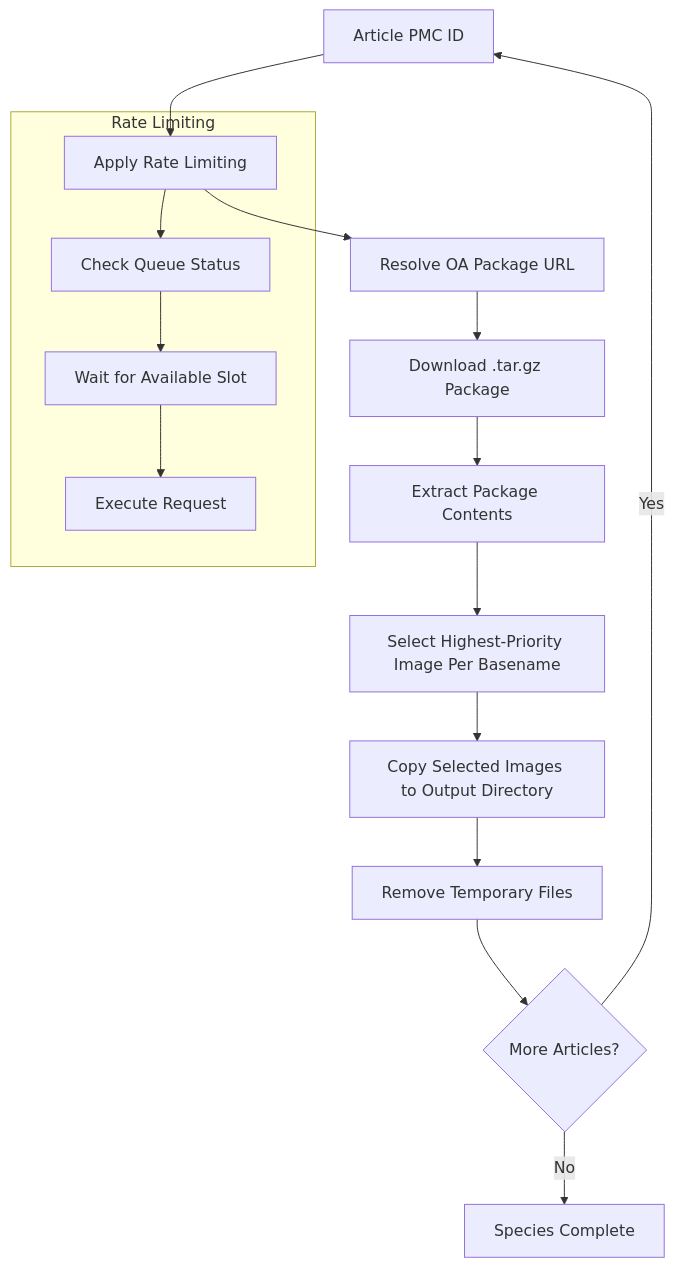
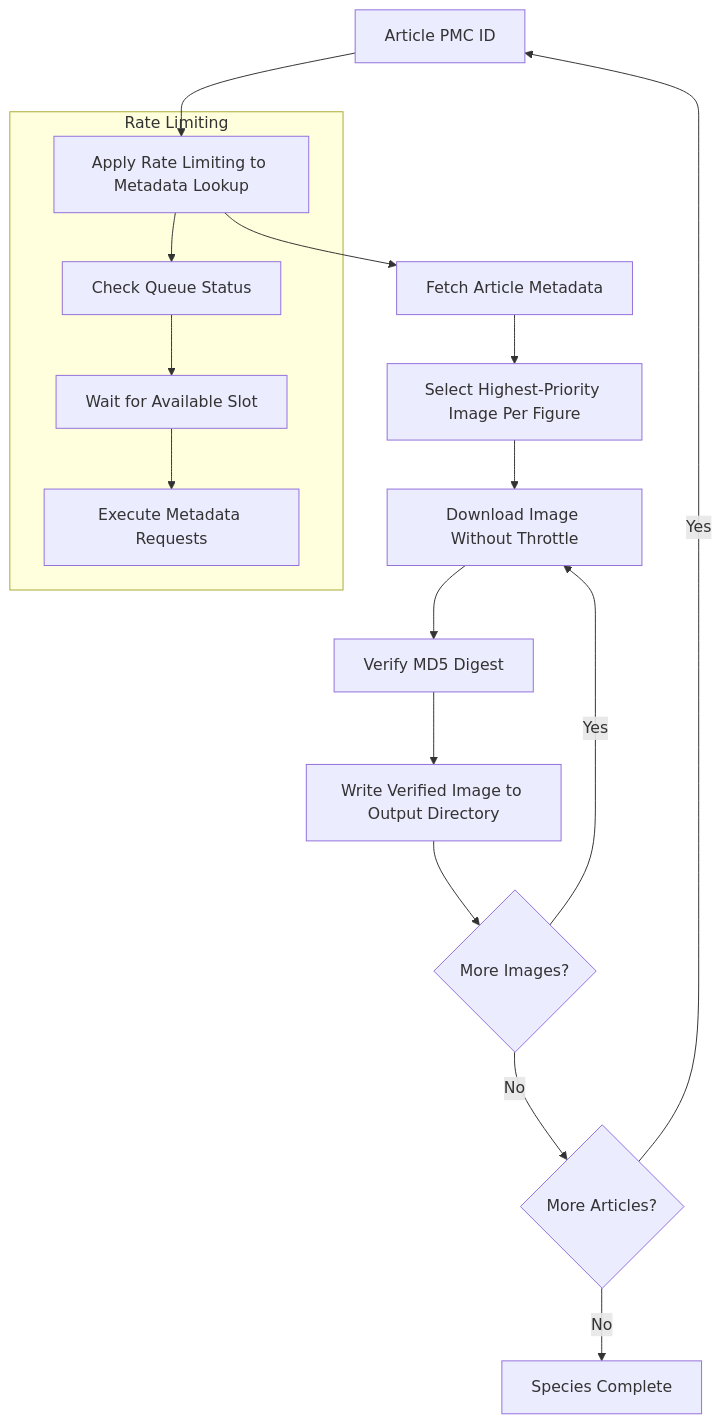
The sixth of 12 diagrams in docs/architecture/pipelines.md (AlexJSully/Publication-Figure-Retrieval), drawn with Mermaid before and after one commit. The commit also changed other lines of this file and 28 other files, not shown here.

First line of the commit message:
Fix unable to retrieve figure publication images (#242)

````diff
--- a/docs/architecture/pipelines.md
+++ b/docs/architecture/pipelines.md
@@ -157,22 +173,23 @@
 ```mermaid
 graph TD
-    accTitle: Package Download Management
-    accDescr: For each article the tool applies rate limiting through the throttled queue, resolves the OA package URL, downloads the .tar.gz package, and extracts its contents. It selects the highest-priority image per basename, copies the selected images to the output directory, and removes temporary files. Articles are processed sequentially rather than in parallel.
+    accTitle: Article Image Download Management
+    accDescr: For each article PMC ID the tool applies rate limiting through the throttled queue to the metadata lookup only, fetches the article metadata from the PMC Cloud Service, and selects the highest-priority image per figure. It then downloads each image without the throttled queue, verifies its MD5 digest, and writes verified images to the output directory, repeating until no images remain. Articles, and the images within each article, are processed sequentially rather than in parallel.
 
-    A[Article PMC ID] --> B[Apply Rate Limiting]
-    B --> C[Resolve OA Package URL]
-    C --> D[Download .tar.gz Package]
-    D --> E[Extract Package Contents]
-    E --> F[Select Highest-Priority Image Per Basename]
-    F --> G[Copy Selected Images to Output Directory]
-    G --> H[Remove Temporary Files]
-    H --> I{More Articles?}
+    A[Article PMC ID] --> B[Apply Rate Limiting to Metadata Lookup]
+    B --> C[Fetch Article Metadata]
+    C --> D[Select Highest-Priority Image Per Figure]
+    D --> E[Download Image Without Throttle]
+    E --> F[Verify MD5 Digest]
+    F --> G[Write Verified Image to Output Directory]
+    G --> H{More Images?}
+    H -->|Yes| E
+    H -->|No| I{More Articles?}
     I -->|Yes| A
     I -->|No| J[Species Complete]
 
     subgraph "Rate Limiting"
         B --> K[Check Queue Status]
         K --> L[Wait for Available Slot]
-        L --> M[Execute Request]
+        L --> M[Execute Metadata Requests]
     end
 ```
````
